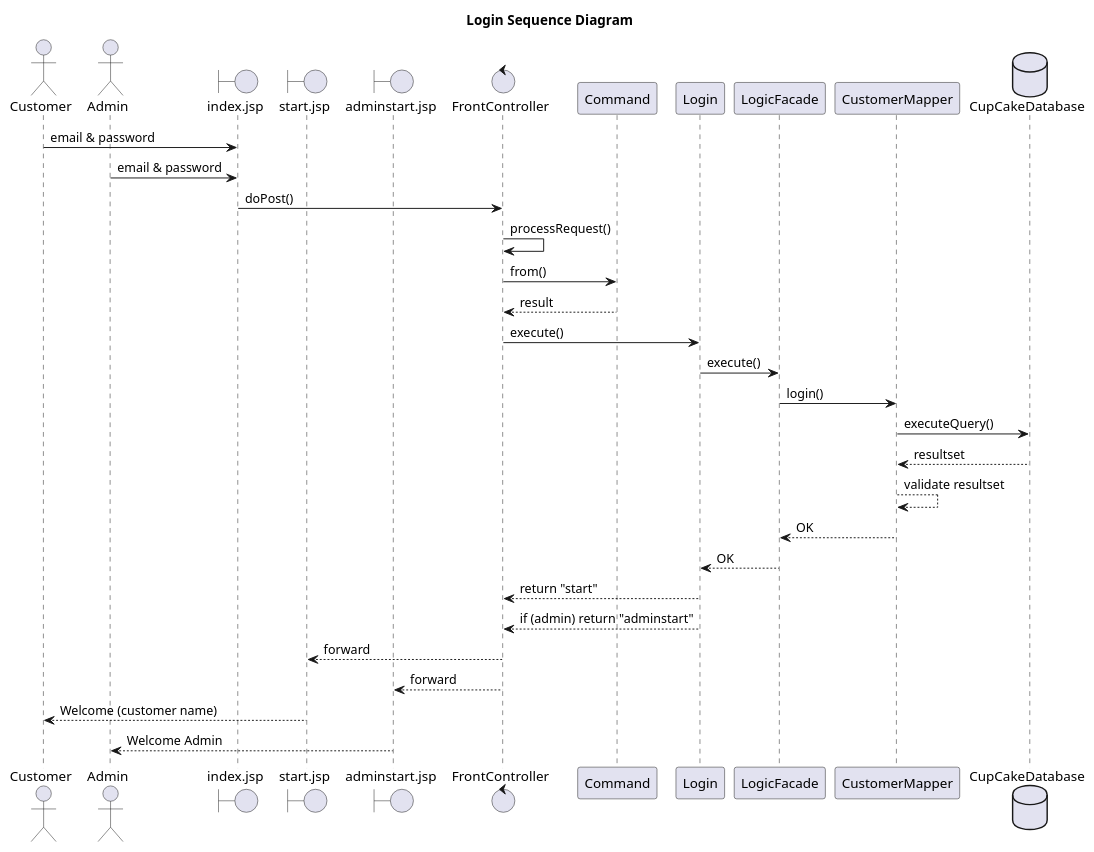
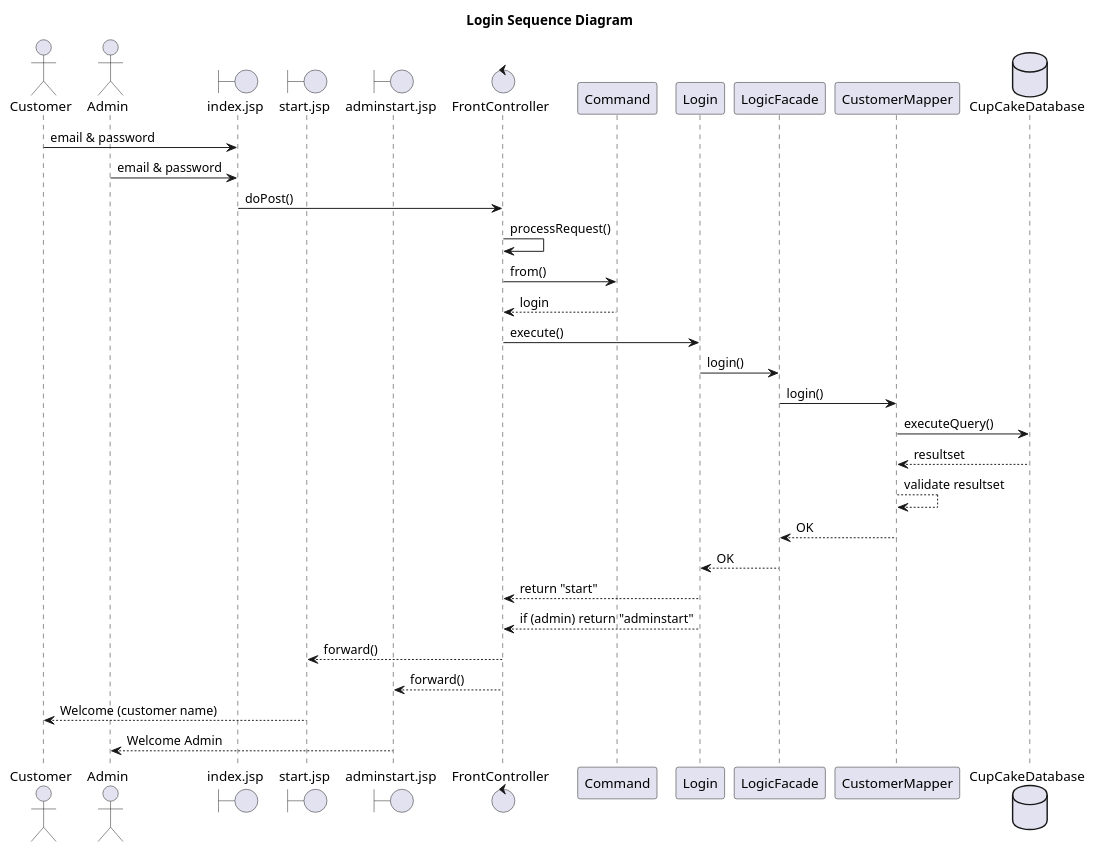
One commit to benskov95/Cupcake_Webshop changed the diagram in src/main/PlantUML Diagrams/Sequence Diagrams/Login Sequence Diagram.puml. Above: the diagram before and after it, drawn with PlantUML. The commit also changed 2 other files, not shown here.

Commit message:
Sekvensdiagrammer tilføjet

```diff
--- a/src/main/PlantUML Diagrams/Sequence Diagrams/Login Sequence Diagram.puml
+++ b/src/main/PlantUML Diagrams/Sequence Diagrams/Login Sequence Diagram.puml
@@ -1,35 +1,35 @@
 @startuml
 Title Login Sequence Diagram
 actor Customer
 actor Admin
 boundary index.jsp
 boundary start.jsp
 boundary adminstart.jsp
 control FrontController
 participant Command
 participant Login
 participant LogicFacade
 participant CustomerMapper
 database CupCakeDatabase
 
 Customer -> index.jsp : email & password
 Admin -> index.jsp : email & password
 index.jsp -> FrontController : doPost()
 FrontController -> FrontController : processRequest()
 FrontController -> Command : from()
-Command --> FrontController : result
+Command --> FrontController : login
 FrontController -> Login : execute()
-Login -> LogicFacade : execute()
+Login -> LogicFacade : login()
 LogicFacade -> CustomerMapper : login()
 CustomerMapper -> CupCakeDatabase : executeQuery()
 CupCakeDatabase --> CustomerMapper : resultset
 CustomerMapper --> CustomerMapper : validate resultset
 CustomerMapper --> LogicFacade : OK
 LogicFacade --> Login : OK
 Login --> FrontController : return "start"
 Login --> FrontController : if (admin) return "adminstart"
-FrontController --> start.jsp : forward
-FrontController --> adminstart.jsp : forward
+FrontController --> start.jsp : forward()
+FrontController --> adminstart.jsp : forward()
 start.jsp --> Customer : Welcome (customer name)
 adminstart.jsp --> Admin : Welcome Admin
 @enduml
```
